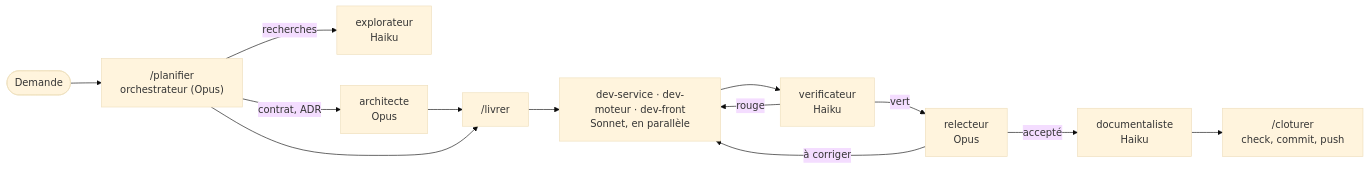
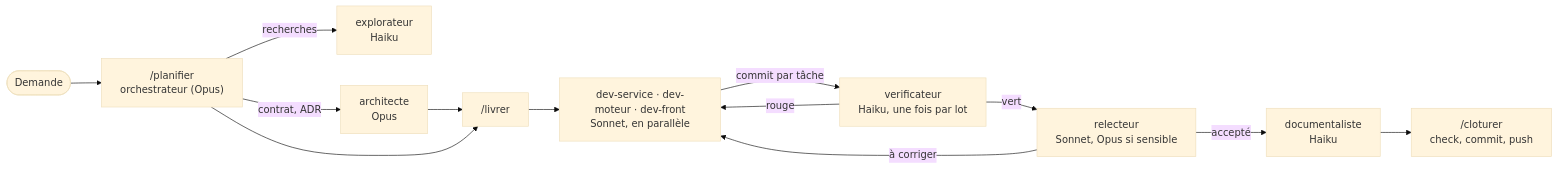
The diagram in docs/demarrer/orchestration.md (THackSRT/model-design), drawn with Mermaid (base theme) before and after one commit. The commit also changed other lines of this file and 18 other files, not shown here.

````diff
--- a/docs/demarrer/orchestration.md
+++ b/docs/demarrer/orchestration.md
@@ -39,15 +41,15 @@
 ```mermaid
 flowchart LR
   demande([Demande]) --> planifier["/planifier<br/>orchestrateur (Opus)"]
   planifier -->|recherches| explorateur[explorateur<br/>Haiku]
   planifier -->|contrat, ADR| architecte[architecte<br/>Opus]
   architecte --> livrer["/livrer"]
   planifier --> livrer
   livrer --> dev["dev-service · dev-moteur · dev-front<br/>Sonnet, en parallèle"]
-  dev --> verificateur[verificateur<br/>Haiku]
+  dev -->|commit par tâche| verificateur[verificateur<br/>Haiku, une fois par lot]
   verificateur -->|rouge| dev
-  verificateur -->|vert| relecteur[relecteur<br/>Opus]
+  verificateur -->|vert| relecteur[relecteur<br/>Sonnet, Opus si sensible]
   relecteur -->|à corriger| dev
   relecteur -->|accepté| documentaliste[documentaliste<br/>Haiku]
   documentaliste --> cloturer["/cloturer<br/>check, commit, push"]
 ```
````
